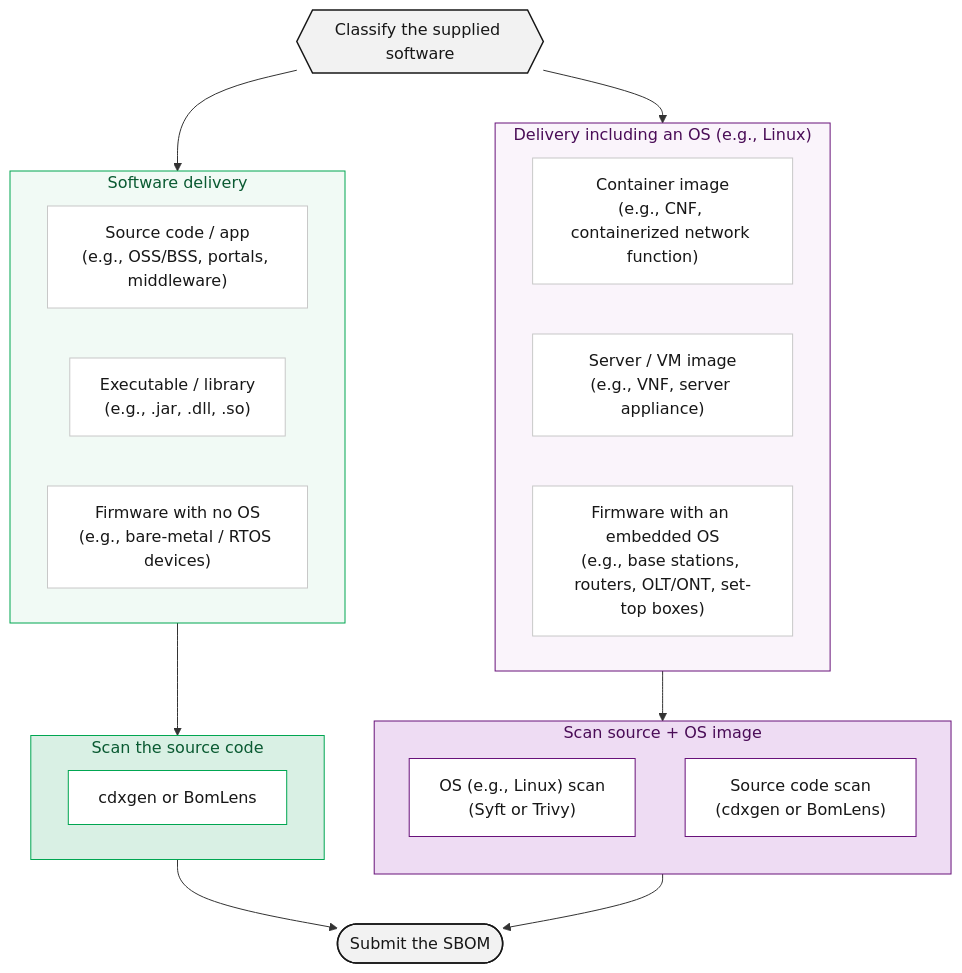
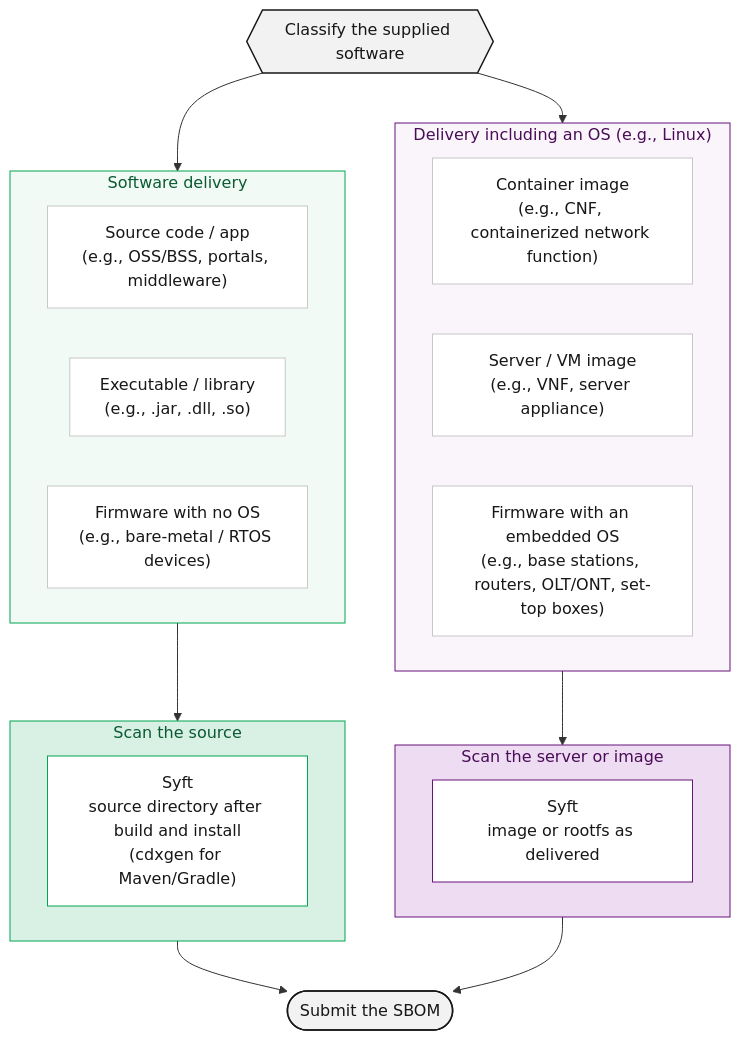
One commit to sktelecom/sktelecom.github.io changed the diagram in content/en/guide/supply-chain/for-suppliers/creation-guide/_index.md. Above: the diagram before and after it, drawn with Mermaid. The commit also changed other lines of this file and 7 other files, not shown here.

````diff
--- a/content/en/guide/supply-chain/for-suppliers/creation-guide/_index.md
+++ b/content/en/guide/supply-chain/for-suppliers/creation-guide/_index.md
@@ -14,63 +14,61 @@
 ```mermaid
 graph TD
     A{{"Classify the supplied software"}}
 
     subgraph G1["Software delivery"]
       direction LR
       T1["Source code / app<br>(e.g., OSS/BSS, portals, middleware)"]
       T2["Executable / library<br>(e.g., .jar, .dll, .so)"]
       T3["Firmware with no OS<br>(e.g., bare-metal / RTOS devices)"]
     end
 
     subgraph G2["Delivery including an OS (e.g., Linux)"]
       direction LR
       T4["Container image<br>(e.g., CNF, containerized network function)"]
       T5["Server / VM image<br>(e.g., VNF, server appliance)"]
       T6["Firmware with an embedded OS<br>(e.g., base stations, routers, OLT/ONT, set-top boxes)"]
     end
 
-    %% Left: source-code scan with an inner box
-    subgraph M1["Scan the source code"]
-      M1_Sub["cdxgen or BomLens"]
+    %% Left: source scan with an inner box
+    subgraph M1["Scan the source"]
+      M1_Sub["Syft<br>source directory after build and install<br>(cdxgen for Maven/Gradle)"]
     end
 
-    %% Right: source + OS image scan with inner boxes (stacked vertically)
-    subgraph M2["Scan source + OS image"]
-      direction TB
-      M2_Top["OS (e.g., Linux) scan<br>(Syft or Trivy)"]
-      M2_Bottom["Source code scan<br>(cdxgen or BomLens)"]
+    %% Right: server or image scan with an inner box
+    subgraph M2["Scan the server or image"]
+      M2_Sub["Syft<br>image or rootfs as delivered"]
     end
 
     A --> G1
     A --> G2
     
     %% Connect only to the group borders (one arrow per box)
     G1 --> M1
     G2 --> M2
     
     %% Groups flow to the next step
     M1 --> P(["Submit the SBOM"])
     M2 --> P
 
     classDef start fill:#F2F2F2,stroke:#171717,color:#171717,stroke-width:1.5px
     classDef typebox fill:#ffffff,stroke:#c8c8c8,color:#171717,stroke-width:1px
     classDef submit fill:#F2F2F2,stroke:#171717,color:#171717,stroke-width:1.5px
     
     %% White inner-box styles (left/right border colors)
     classDef subwhite_left fill:#ffffff,stroke:#00A651,color:#171717,stroke-width:1px
     classDef subwhite_right fill:#ffffff,stroke:#68127A,color:#171717,stroke-width:1px
 
     class A start
     class T1,T2,T3,T4,T5,T6 typebox
     class M1_Sub subwhite_left
-    class M2_Top,M2_Bottom subwhite_right
+    class M2_Sub subwhite_right
     class P submit
 
     style G1 fill:#F1FAF5,stroke:#00A651,stroke-width:1px,color:#0A5A32
     style G2 fill:#FAF4FB,stroke:#68127A,stroke-width:1px,color:#4A0D57
     
     %% Outer group boxes keep their fill and border colors
     style M1 fill:#D9F0E4,stroke:#00A651,stroke-width:1px,color:#0A5A32
     style M2 fill:#EEDCF3,stroke:#68127A,stroke-width:1px,color:#4A0D57
 
 ```
````
